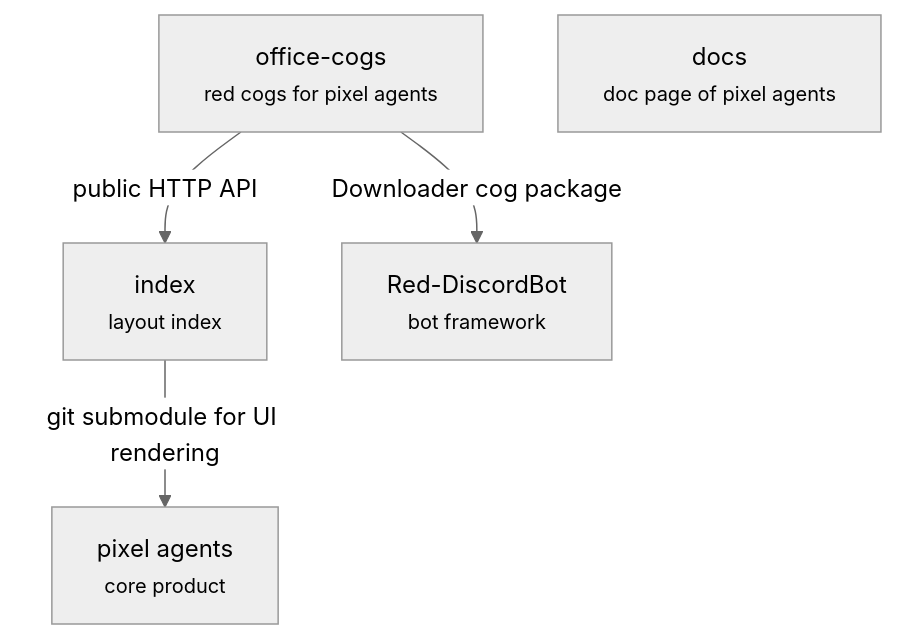
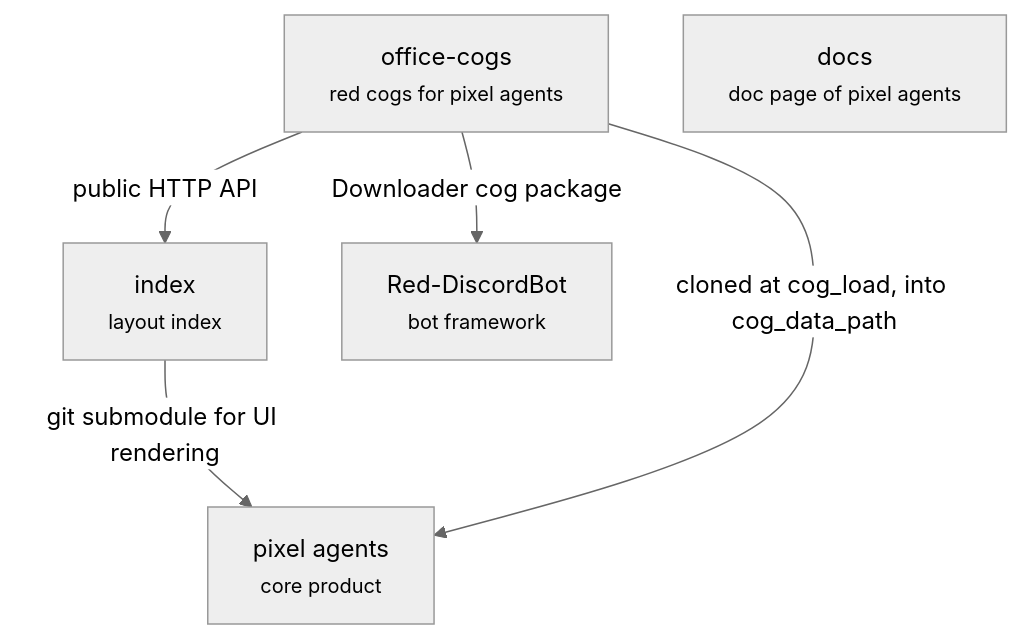
Before and after one commit to pixel-agents-hq/pixel-agents-cogs: the third of 4 diagrams in pixelagents/Architecture.md, drawn with Mermaid (neutral theme). The commit also changed other lines of this file and 32 other files, not shown here.

````diff
--- a/pixelagents/Architecture.md
+++ b/pixelagents/Architecture.md
@@ -153,12 +153,13 @@
 ```mermaid
 flowchart TD
     PA["pixel agents<br/><small>core product</small>"]
     IDX["index<br/><small>layout index</small>"]
     RED["Red-DiscordBot<br/><small>bot framework</small>"]
     OC["office-cogs<br/><small>red cogs for pixel agents</small>"]
     DOCS["docs<br/><small>doc page of pixel agents</small>"]
 
     IDX -->|git submodule for UI rendering| PA
+    OC -->|cloned at cog_load, into cog_data_path| PA
     OC -->|public HTTP API| IDX
     OC -->|Downloader cog package| RED
 ```
````
